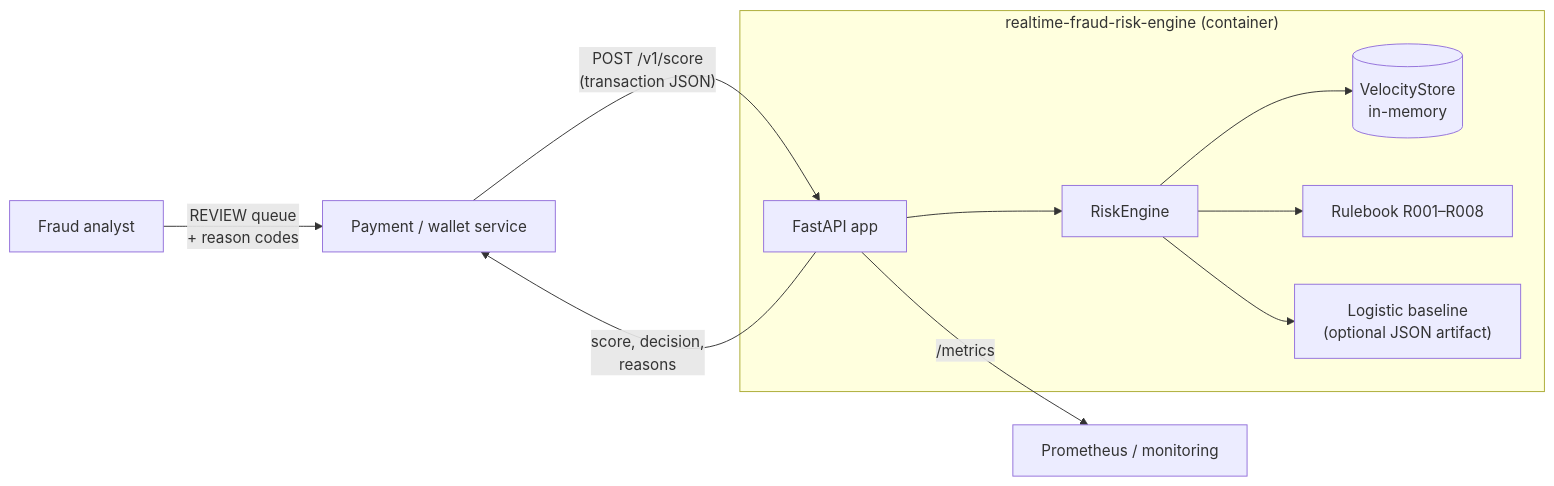
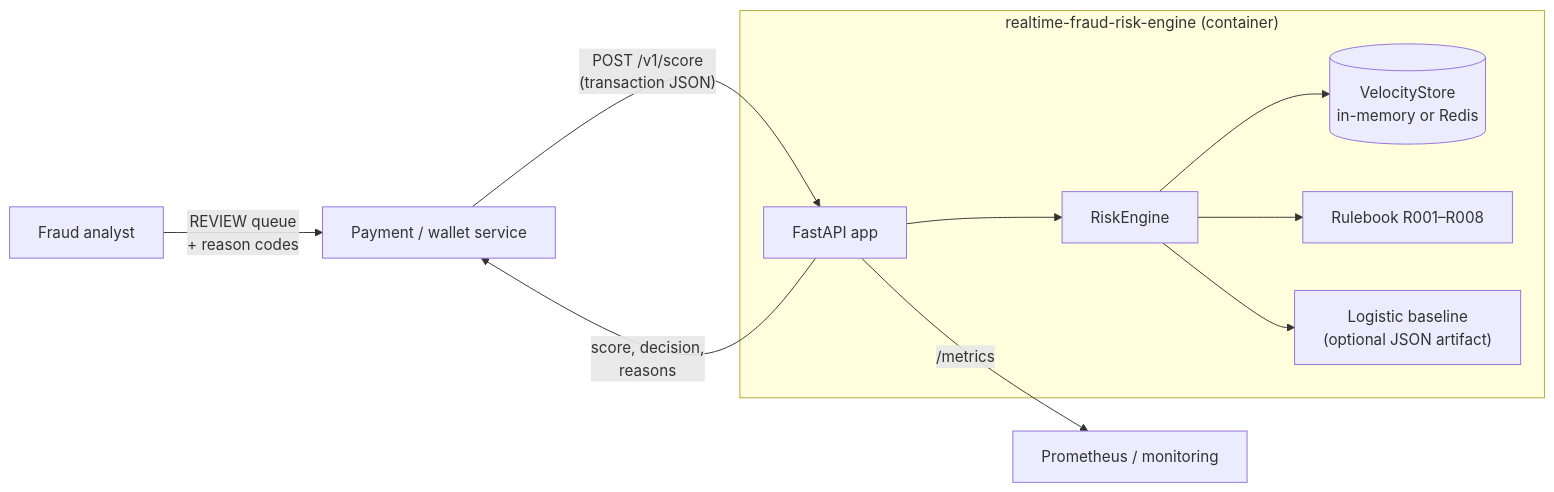
The first of 5 diagrams in docs/architecture.md (Csaf111/realtime-fraud-risk-engine), drawn with Mermaid before and after one commit. The commit also changed other lines of this file and 8 other files, not shown here.

First line of the commit message:
feat(state): add Redis-backed VelocityStore for multi-replica deployments

````diff
--- a/docs/architecture.md
+++ b/docs/architecture.md
@@ -5,13 +5,13 @@
 ```mermaid
 flowchart LR
     client["Payment / wallet service"] -- "POST /v1/score<br/>(transaction JSON)" --> api
     subgraph engine["realtime-fraud-risk-engine (container)"]
         api["FastAPI app"] --> core["RiskEngine"]
-        core --> state[("VelocityStore<br/>in-memory")]
+        core --> state[("VelocityStore<br/>in-memory or Redis")]
         core --> rules["Rulebook R001–R008"]
         core --> model["Logistic baseline<br/>(optional JSON artifact)"]
     end
     api -- "score, decision,<br/>reasons" --> client
     api -- "/metrics" --> prom["Prometheus / monitoring"]
     analyst["Fraud analyst"] -- "REVIEW queue<br/>+ reason codes" --> client
 ```
````
